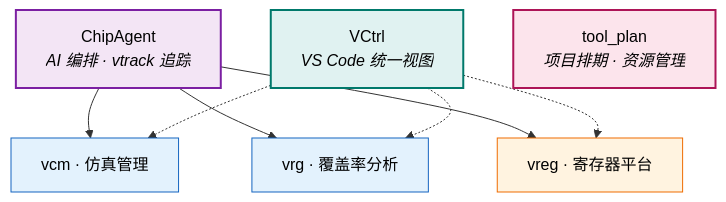
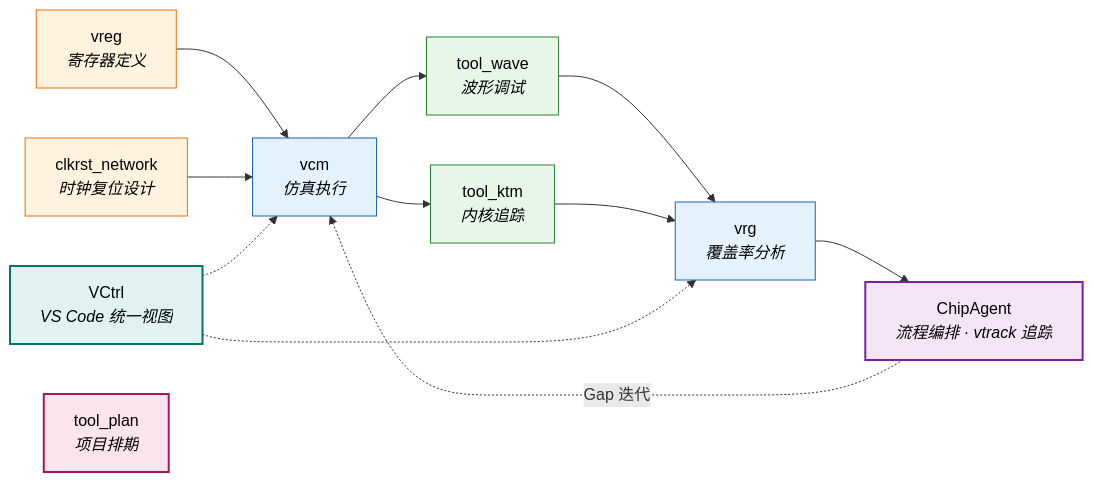
One commit to Johnmc104/Johnmc104 changed the second of 3 diagrams in README.md. Above: the diagram before and after it, drawn with Mermaid. The commit also changed other lines of this file, not shown here.

````diff
--- a/README.md
+++ b/README.md
@@ -100,21 +100,30 @@
 ```mermaid
-flowchart TD
-    CA["ChipAgent<br/><i>AI 编排 · vtrack 追踪</i>"]:::agent
+flowchart LR
+    vreg["vreg<br/><i>寄存器定义</i>"]:::reg
+    clkrst["clkrst_network<br/><i>时钟复位设计</i>"]:::reg
+    vcm["vcm<br/><i>仿真执行</i>"]:::tool
+    wave["tool_wave<br/><i>波形调试</i>"]:::debug
+    ktm["tool_ktm<br/><i>内核追踪</i>"]:::debug
+    vrg["vrg<br/><i>覆盖率分析</i>"]:::tool
+    CA["ChipAgent<br/><i>流程编排 · vtrack 追踪</i>"]:::agent
 
-    CA --> vcm["vcm · 仿真管理"]:::tool
-    CA --> vrg["vrg · 覆盖率分析"]:::tool
-    CA --> vreg["vreg · 寄存器平台"]:::reg
+    vreg --> vcm
+    clkrst --> vcm
+    vcm --> wave --> vrg
+    vcm --> ktm --> vrg
+    vrg --> CA
+    CA -. "Gap 迭代" .-> vcm
 
     vctrl["VCtrl<br/><i>VS Code 统一视图</i>"]:::gui
-    tplan["tool_plan<br/><i>项目排期 · 资源管理</i>"]:::plan
+    tplan["tool_plan<br/><i>项目排期</i>"]:::plan
 
     vctrl -.-> vcm
     vctrl -.-> vrg
-    vctrl -.-> vreg
 
     classDef agent fill:#f3e5f5,stroke:#7b1fa2,stroke-width:2px,color:#000
     classDef reg fill:#fff3e0,stroke:#ef6c00,color:#000
     classDef tool fill:#e3f2fd,stroke:#1565c0,color:#000
+    classDef debug fill:#e8f5e9,stroke:#2e7d32,color:#000
     classDef gui fill:#e0f2f1,stroke:#00796b,stroke-width:2px,color:#000
     classDef plan fill:#fce4ec,stroke:#ad1457,stroke-width:2px,color:#000
 ```
````
